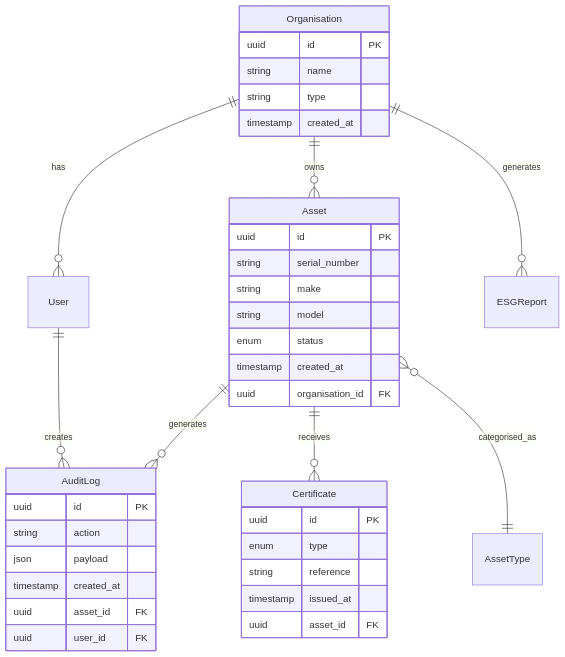
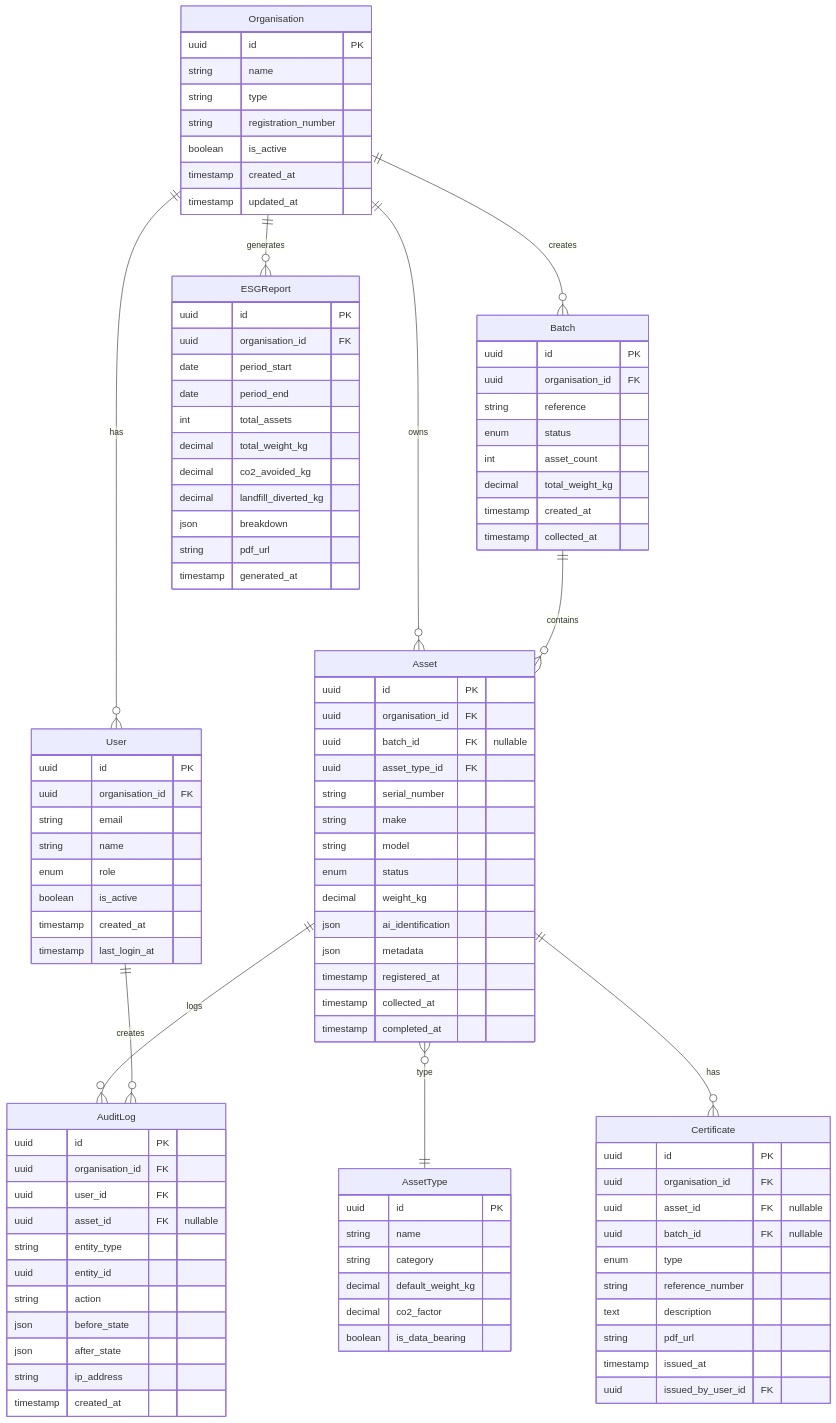
The second of 3 diagrams in docs/02-data-model/README.md (nugehs/ai-reclaim-m0), drawn with Mermaid before and after one commit. The commit also changed other lines of this file and 2 other files, not shown here.

First line of the commit message:
Complete System Architecture and Core Data Model deliverables

````diff
--- a/docs/02-data-model/README.md
+++ b/docs/02-data-model/README.md
@@ -32,44 +85,111 @@
 ```mermaid
 erDiagram
-    Organisation ||--o{ User : has
-    Organisation ||--o{ Asset : owns
-    Asset ||--o{ AuditLog : generates
-    Asset ||--o{ Certificate : receives
-    User ||--o{ AuditLog : creates
-    Organisation ||--o{ ESGReport : generates
-    Asset }o--|| AssetType : categorised_as
+    Organisation {
+        uuid id PK
+        string name
+        string type
+        string registration_number
+        boolean is_active
+        timestamp created_at
+        timestamp updated_at
+    }
+
+    User {
+        uuid id PK
+        uuid organisation_id FK
+        string email
+        string name
+        enum role
+        boolean is_active
+        timestamp created_at
+        timestamp last_login_at
+    }
 
     Asset {
         uuid id PK
+        uuid organisation_id FK
+        uuid batch_id FK "nullable"
+        uuid asset_type_id FK
         string serial_number
         string make
         string model
         enum status
-        timestamp created_at
-        uuid organisation_id FK
+        decimal weight_kg
+        json ai_identification
+        json metadata
+        timestamp registered_at
+        timestamp collected_at
+        timestamp completed_at
     }
 
-    Organisation {
+    Batch {
+        uuid id PK
+        uuid organisation_id FK
+        string reference
+        enum status
+        int asset_count
+        decimal total_weight_kg
+        timestamp created_at
+        timestamp collected_at
+    }
+
+    AssetType {
         uuid id PK
         string name
-        string type
-        timestamp created_at
+        string category
+        decimal default_weight_kg
+        decimal co2_factor
+        boolean is_data_bearing
+    }
+
+    Certificate {
+        uuid id PK
+        uuid organisation_id FK
+        uuid asset_id FK "nullable"
+        uuid batch_id FK "nullable"
+        enum type
+        string reference_number
+        text description
+        string pdf_url
+        timestamp issued_at
+        uuid issued_by_user_id FK
     }
 
     AuditLog {
         uuid id PK
+        uuid organisation_id FK
+        uuid user_id FK
+        uuid asset_id FK "nullable"
+        string entity_type
+        uuid entity_id
         string action
-        json payload
+        json before_state
+        json after_state
+        string ip_address
         timestamp created_at
-        uuid asset_id FK
-        uuid user_id FK
     }
 
-    Certificate {
+    ESGReport {
         uuid id PK
-        enum type
-        string reference
-        timestamp issued_at
-        uuid asset_id FK
+        uuid organisation_id FK
+        date period_start
+        date period_end
+        int total_assets
+        decimal total_weight_kg
+        decimal co2_avoided_kg
+        decimal landfill_diverted_kg
+        json breakdown
+        string pdf_url
+        timestamp generated_at
     }
+
+    Organisation ||--o{ User : has
+    Organisation ||--o{ Asset : owns
+    Organisation ||--o{ Batch : creates
+    Batch ||--o{ Asset : contains
+    Asset }o--|| AssetType : type
+    Asset ||--o{ Certificate : has
+    Asset ||--o{ AuditLog : logs
+    User ||--o{ AuditLog : creates
+    Organisation ||--o{ ESGReport : generates
 ```
````
